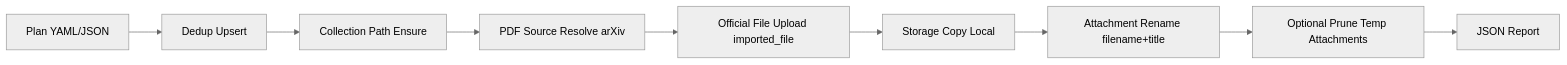
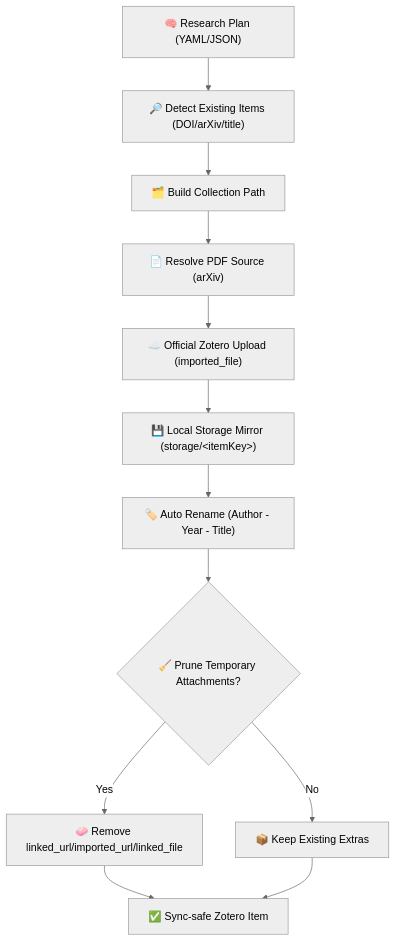
The diagram in README.md (suborigin/zotero-curator), drawn with Mermaid (neutral theme) before and after one commit. The commit also changed other lines of this file and 1 other file, not shown here.

Commit message:
docs: simplify badges, remove banner asset, and refresh architecture diagram

````diff
--- a/README.md
+++ b/README.md
@@ -35,11 +33,14 @@
 ```mermaid
-flowchart LR
-  A[Plan YAML/JSON] --> B[Dedup Upsert]
-  B --> C[Collection Path Ensure]
-  C --> D[PDF Source Resolve arXiv]
-  D --> E[Official File Upload imported_file]
-  E --> F[Storage Copy Local]
-  F --> G[Attachment Rename filename+title]
-  G --> H[Optional Prune Temp Attachments]
-  H --> I[JSON Report]
+flowchart TD
+  A["🧠 Research Plan (YAML/JSON)"] --> B["🔎 Detect Existing Items (DOI/arXiv/title)"]
+  B --> C["🗂️ Build Collection Path"]
+  C --> D["📄 Resolve PDF Source (arXiv)"]
+  D --> E["☁️ Official Zotero Upload (imported_file)"]
+  E --> F["💾 Local Storage Mirror (storage/&lt;itemKey&gt;)"]
+  F --> G["🏷️ Auto Rename (Author - Year - Title)"]
+  G --> H{"🧹 Prune Temporary Attachments?"}
+  H -->|Yes| I["🧼 Remove linked_url/imported_url/linked_file"]
+  H -->|No| J["📦 Keep Existing Extras"]
+  I --> K["✅ Sync-safe Zotero Item"]
+  J --> K
 ```
````
